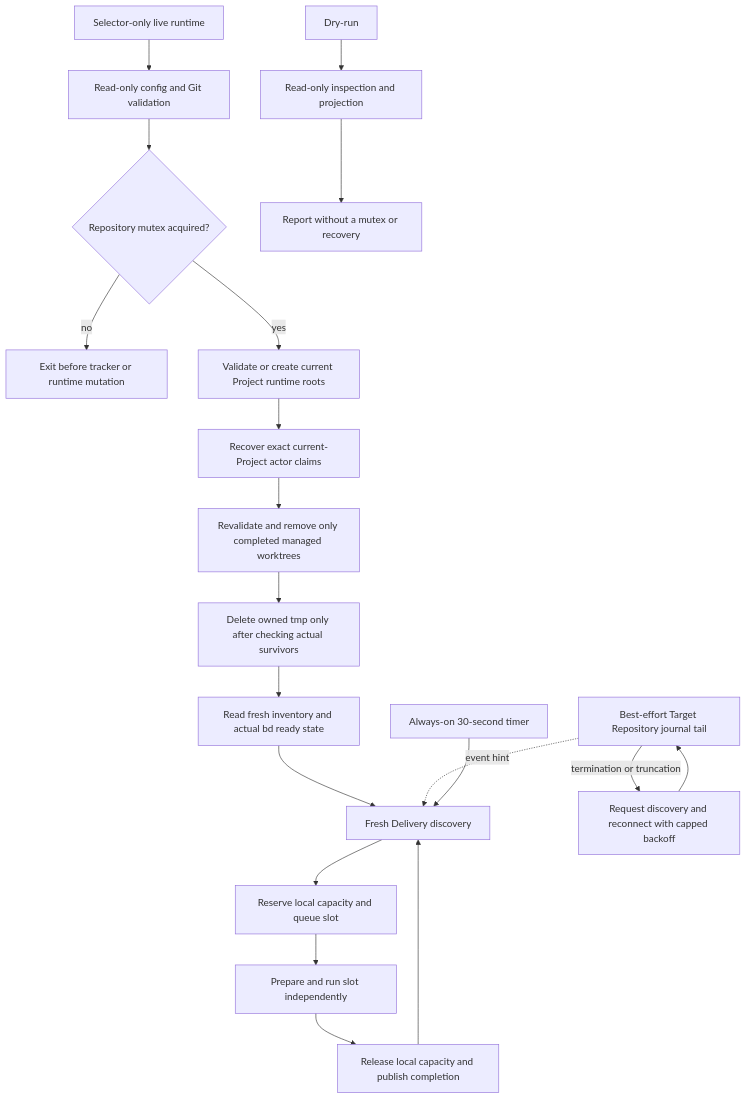
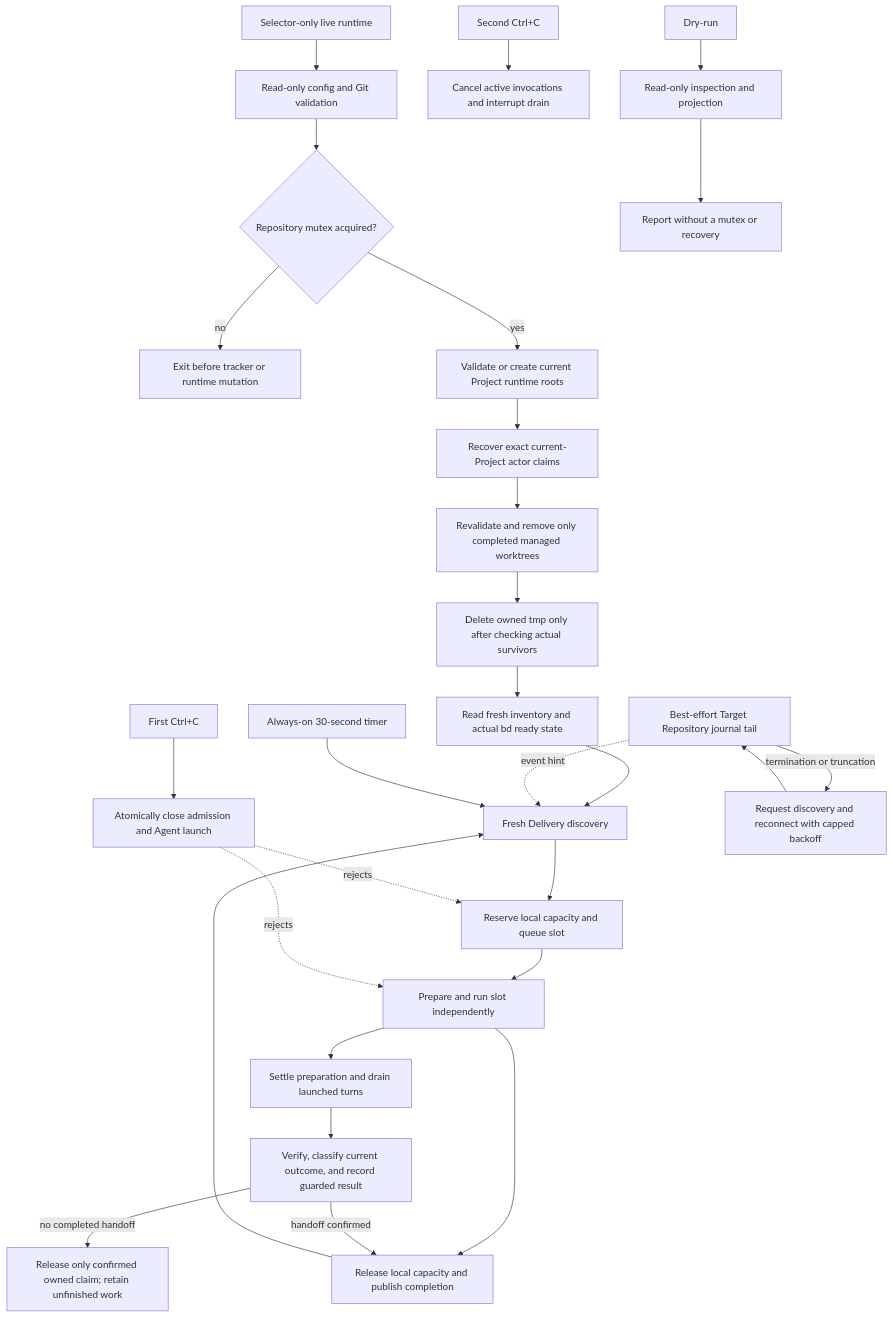
Before and after one commit to mgasparel/nightweaver: the third of 3 diagrams in SPEC.md, drawn with Mermaid. The commit also changed other lines of this file and 22 other files, not shown here.

Commit message:
Drain current Agent turns on first stop

````diff
--- a/SPEC.md
+++ b/SPEC.md
@@ -229,22 +229,30 @@
 ```mermaid
 flowchart TD
     Live[Selector-only live runtime] --> Validate[Read-only config and Git validation]
     Validate --> Mutex{Repository mutex acquired?}
     Mutex -- no --> Loser[Exit before tracker or runtime mutation]
     Mutex -- yes --> Roots[Validate or create current Project runtime roots]
     Roots --> Recovery[Recover exact current-Project actor claims]
     Recovery --> Sweep[Revalidate and remove only completed managed worktrees]
     Sweep --> Tmp[Delete owned tmp only after checking actual survivors]
     Tmp --> Actual[Read fresh inventory and actual bd ready state]
     Actual --> Discover[Fresh Delivery discovery]
     Discover --> Reserve[Reserve local capacity and queue slot]
     Reserve --> Slot[Prepare and run slot independently]
     Slot --> Complete[Release local capacity and publish completion]
     Complete --> Discover
+    FirstStop[First Ctrl+C] --> StopGate[Atomically close admission and Agent launch]
+    StopGate -. rejects .-> Reserve
+    StopGate -. rejects .-> Slot
+    Slot --> Drain[Settle preparation and drain launched turns]
+    Drain --> Record[Verify, classify current outcome, and record guarded result]
+    Record -->|no completed handoff| Finalize[Release only confirmed owned claim; retain unfinished work]
+    Record -->|handoff confirmed| Complete
+    SecondStop[Second Ctrl+C] --> ForceCancel[Cancel active invocations and interrupt drain]
     JournalTail[Best-effort Target Repository journal tail] -. event hint .-> Discover
     JournalTail -->|termination or truncation| Reconnect[Request discovery and reconnect with capped backoff]
     Reconnect --> JournalTail
     Timer[Always-on 30-second timer] --> Discover
     DryRun[Dry-run] --> Inspect[Read-only inspection and projection]
     Inspect --> Report[Report without a mutex or recovery]
 ```
````
